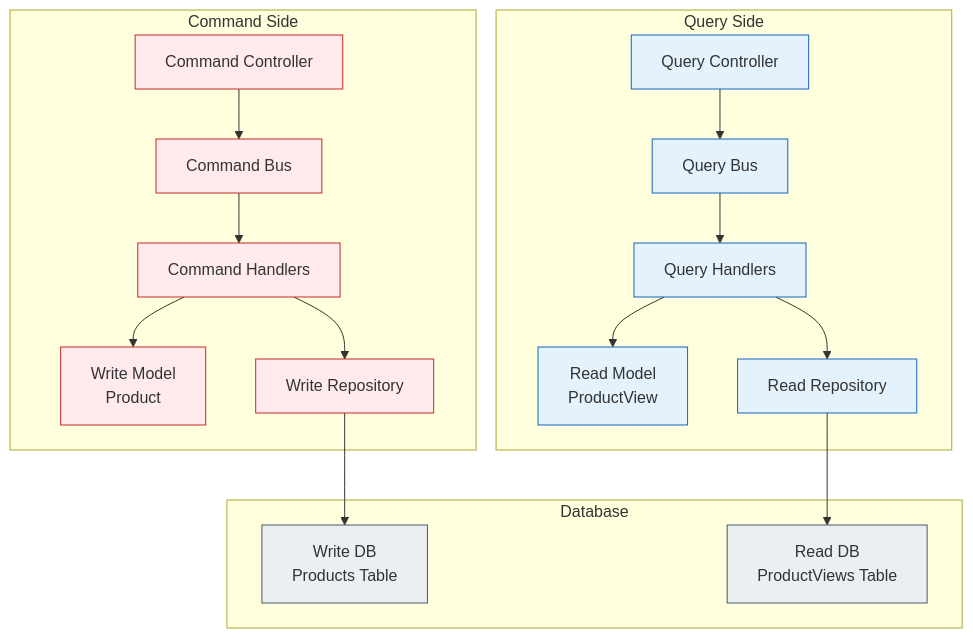
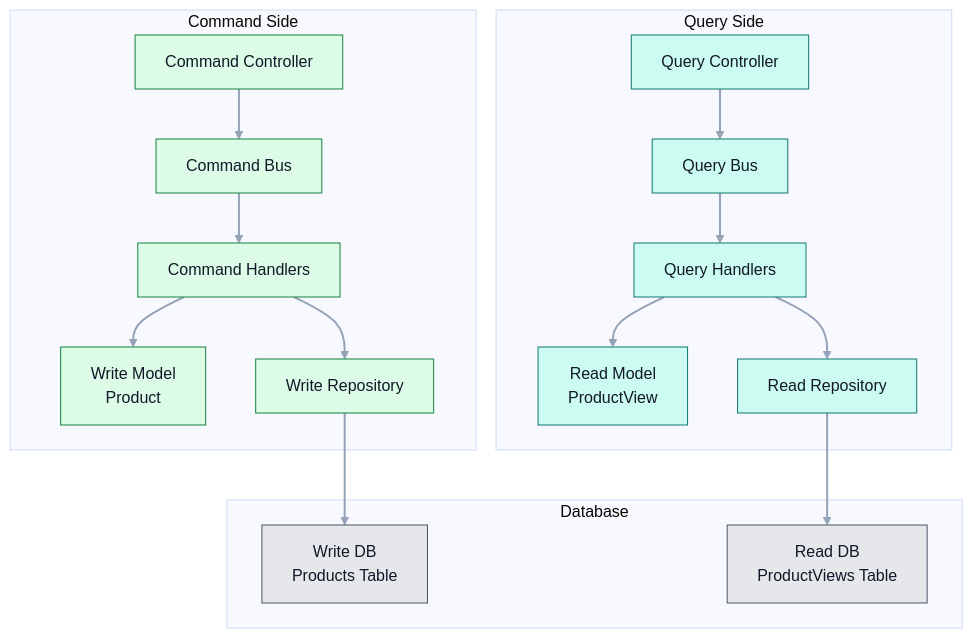
The fifth of 7 diagrams in README.md (VirtualCave/modern-architecture-patterns), drawn with Mermaid before and after one commit. The commit also changed other lines of this file and 4 other files, not shown here.

````diff
--- a/README.md
+++ b/README.md
@@ -490,43 +550,46 @@
 ```mermaid
+%%{init: {'theme':'base','themeVariables': {'background':'transparent','primaryTextColor':'#111827','lineColor':'#94A3B8'}}}%%
 graph TB
     subgraph "Command Side"
         CController[Command Controller]
         CBus[Command Bus]
         CHandlers[Command Handlers]
         WModel[Write Model<br/>Product]
         WRepo[Write Repository]
     end
     
     subgraph "Query Side"
         QController[Query Controller]
         QBus[Query Bus]
         QHandlers[Query Handlers]
         RModel[Read Model<br/>ProductView]
         RRepo[Read Repository]
     end
     
     subgraph "Database"
         WDB[Write DB<br/>Products Table]
         RDB[Read DB<br/>ProductViews Table]
     end
     
     CController --> CBus
     CBus --> CHandlers
     CHandlers --> WModel
     CHandlers --> WRepo
     WRepo --> WDB
     
     QController --> QBus
     QBus --> QHandlers
     QHandlers --> RModel
     QHandlers --> RRepo
     RRepo --> RDB
+
+    linkStyle default stroke:#94A3B8,stroke-width:2px;
     
-    classDef command fill:#FFEBEE,stroke:#C62828
-    classDef query fill:#E3F2FD,stroke:#1565C0
-    classDef db fill:#ECEFF1,stroke:#455A64
+    classDef command fill:#DCFCE7,stroke:#15803D,stroke-width:1px,color:#111827;
+    classDef query fill:#CCFBF1,stroke:#0F766E,stroke-width:1px,color:#111827;
+    classDef db fill:#E5E7EB,stroke:#4B5563,stroke-width:1px,color:#111827;
     
     class CController,CBus,CHandlers,WModel,WRepo command
     class QController,QBus,QHandlers,RModel,RRepo query
     class WDB,RDB db
 ```
````
